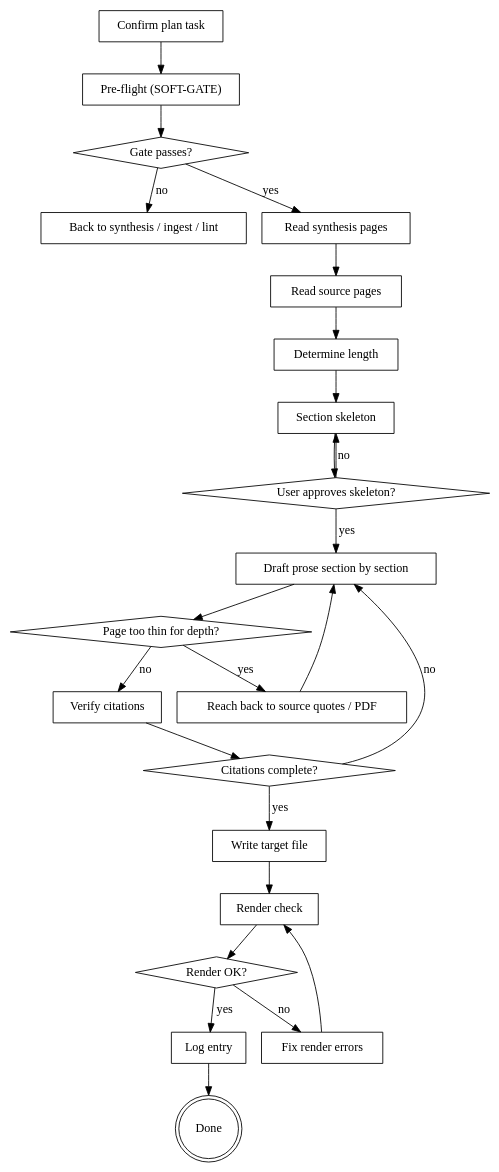
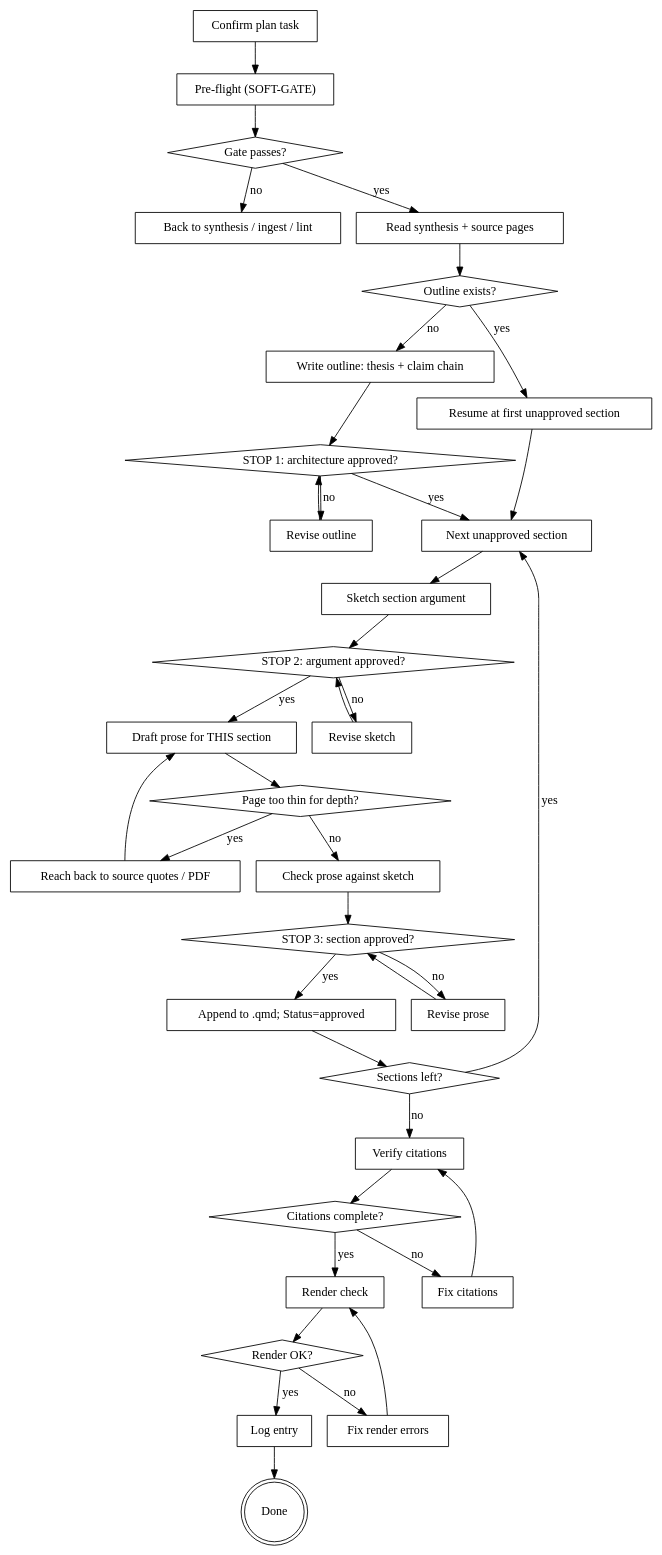
Before and after one commit to leiverkus/research-superpowers: the diagram in skills/drafting-manuscript/SKILL.md, drawn with Graphviz. The commit also changed other lines of this file and 23 other files, not shown here.

First line of the commit message:
feat: drafting-manuscript settles the argument before writing prose (0.31.0) (#55)

````diff
--- a/skills/drafting-manuscript/SKILL.md
+++ b/skills/drafting-manuscript/SKILL.md
@@ -91,48 +148,77 @@
 ```dot
 digraph drafting {
     "Confirm plan task" [shape=box];
     "Pre-flight (SOFT-GATE)" [shape=box];
     "Gate passes?" [shape=diamond];
     "Back to synthesis / ingest / lint" [shape=box];
-    "Read synthesis pages" [shape=box];
-    "Read source pages" [shape=box];
-    "Determine length" [shape=box];
-    "Section skeleton" [shape=box];
-    "User approves skeleton?" [shape=diamond];
-    "Draft prose section by section" [shape=box];
+    "Read synthesis + source pages" [shape=box];
+    "Outline exists?" [shape=diamond];
+    "Write outline: thesis + claim chain" [shape=box];
+    "Resume at first unapproved section" [shape=box];
+    "STOP 1: architecture approved?" [shape=diamond];
+    "Revise outline" [shape=box];
+
+    "Next unapproved section" [shape=box];
+    "Sketch section argument" [shape=box];
+    "STOP 2: argument approved?" [shape=diamond];
+    "Revise sketch" [shape=box];
+    "Draft prose for THIS section" [shape=box];
     "Page too thin for depth?" [shape=diamond];
     "Reach back to source quotes / PDF" [shape=box];
+    "Check prose against sketch" [shape=box];
+    "STOP 3: section approved?" [shape=diamond];
+    "Revise prose" [shape=box];
+    "Append to .qmd; Status=approved" [shape=box];
+    "Sections left?" [shape=diamond];
+
     "Verify citations" [shape=box];
     "Citations complete?" [shape=diamond];
-    "Write target file" [shape=box];
+    "Fix citations" [shape=box];
     "Render check" [shape=box];
     "Render OK?" [shape=diamond];
     "Fix render errors" [shape=box];
     "Log entry" [shape=box];
     "Done" [shape=doublecircle];
 
     "Confirm plan task" -> "Pre-flight (SOFT-GATE)";
     "Pre-flight (SOFT-GATE)" -> "Gate passes?";
     "Gate passes?" -> "Back to synthesis / ingest / lint" [label="no"];
-    "Gate passes?" -> "Read synthesis pages" [label="yes"];
-    "Read synthesis pages" -> "Read source pages";
-    "Read source pages" -> "Determine length";
-    "Determine length" -> "Section skeleton";
-    "Section skeleton" -> "User approves skeleton?";
-    "User approves skeleton?" -> "Section skeleton" [label="no"];
-    "User approves skeleton?" -> "Draft prose section by section" [label="yes"];
-    "Draft prose section by section" -> "Page too thin for depth?";
+    "Gate passes?" -> "Read synthesis + source pages" [label="yes"];
+    "Read synthesis + source pages" -> "Outline exists?";
+    "Outline exists?" -> "Resume at first unapproved section" [label="yes"];
+    "Outline exists?" -> "Write outline: thesis + claim chain" [label="no"];
+    "Write outline: thesis + claim chain" -> "STOP 1: architecture approved?";
+    "STOP 1: architecture approved?" -> "Revise outline" [label="no"];
+    "Revise outline" -> "STOP 1: architecture approved?";
+    "STOP 1: architecture approved?" -> "Next unapproved section" [label="yes"];
+    "Resume at first unapproved section" -> "Next unapproved section";
+
+    "Next unapproved section" -> "Sketch section argument";
+    "Sketch section argument" -> "STOP 2: argument approved?";
+    "STOP 2: argument approved?" -> "Revise sketch" [label="no"];
+    "Revise sketch" -> "STOP 2: argument approved?";
+    "STOP 2: argument approved?" -> "Draft prose for THIS section" [label="yes"];
+
+    "Draft prose for THIS section" -> "Page too thin for depth?";
     "Page too thin for depth?" -> "Reach back to source quotes / PDF" [label="yes"];
-    "Reach back to source quotes / PDF" -> "Draft prose section by section";
-    "Page too thin for depth?" -> "Verify citations" [label="no"];
+    "Reach back to source quotes / PDF" -> "Draft prose for THIS section";
+    "Page too thin for depth?" -> "Check prose against sketch" [label="no"];
+    "Check prose against sketch" -> "STOP 3: section approved?";
+    "STOP 3: section approved?" -> "Revise prose" [label="no"];
+    "Revise prose" -> "STOP 3: section approved?";
+    "STOP 3: section approved?" -> "Append to .qmd; Status=approved" [label="yes"];
+    "Append to .qmd; Status=approved" -> "Sections left?";
+    "Sections left?" -> "Next unapproved section" [label="yes"];
+    "Sections left?" -> "Verify citations" [label="no"];
+
     "Verify citations" -> "Citations complete?";
-    "Citations complete?" -> "Draft prose section by section" [label="no"];
-    "Citations complete?" -> "Write target file" [label="yes"];
-    "Write target file" -> "Render check";
+    "Citations complete?" -> "Fix citations" [label="no"];
+    "Fix citations" -> "Verify citations";
+    "Citations complete?" -> "Render check" [label="yes"];
     "Render check" -> "Render OK?";
     "Render OK?" -> "Fix render errors" [label="no"];
     "Fix render errors" -> "Render check";
     "Render OK?" -> "Log entry" [label="yes"];
     "Log entry" -> "Done";
 }
 ```
````
